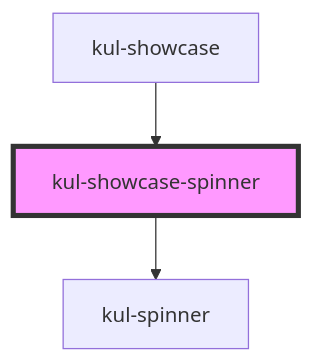
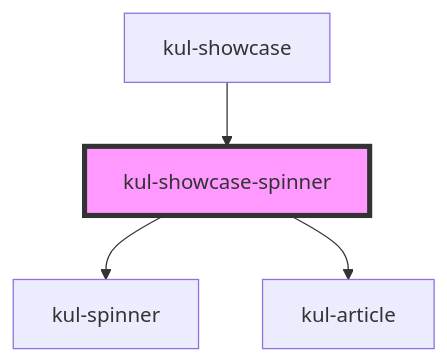
The diagram in packages/ketchup-lite/src/components/kul-showcase/components/spinner/readme.md (smeup/ketchup), drawn with Mermaid before and after one commit. The commit also changed other lines of this file and 15 other files, not shown here.

````diff
--- a/packages/ketchup-lite/src/components/kul-showcase/components/spinner/readme.md
+++ b/packages/ketchup-lite/src/components/kul-showcase/components/spinner/readme.md
@@ -31,6 +32,7 @@
 ```mermaid
 graph TD;
   kul-showcase-spinner --> kul-spinner
+  kul-showcase-spinner --> kul-article
   kul-showcase --> kul-showcase-spinner
   style kul-showcase-spinner fill:#f9f,stroke:#333,stroke-width:4px
 ```
````
